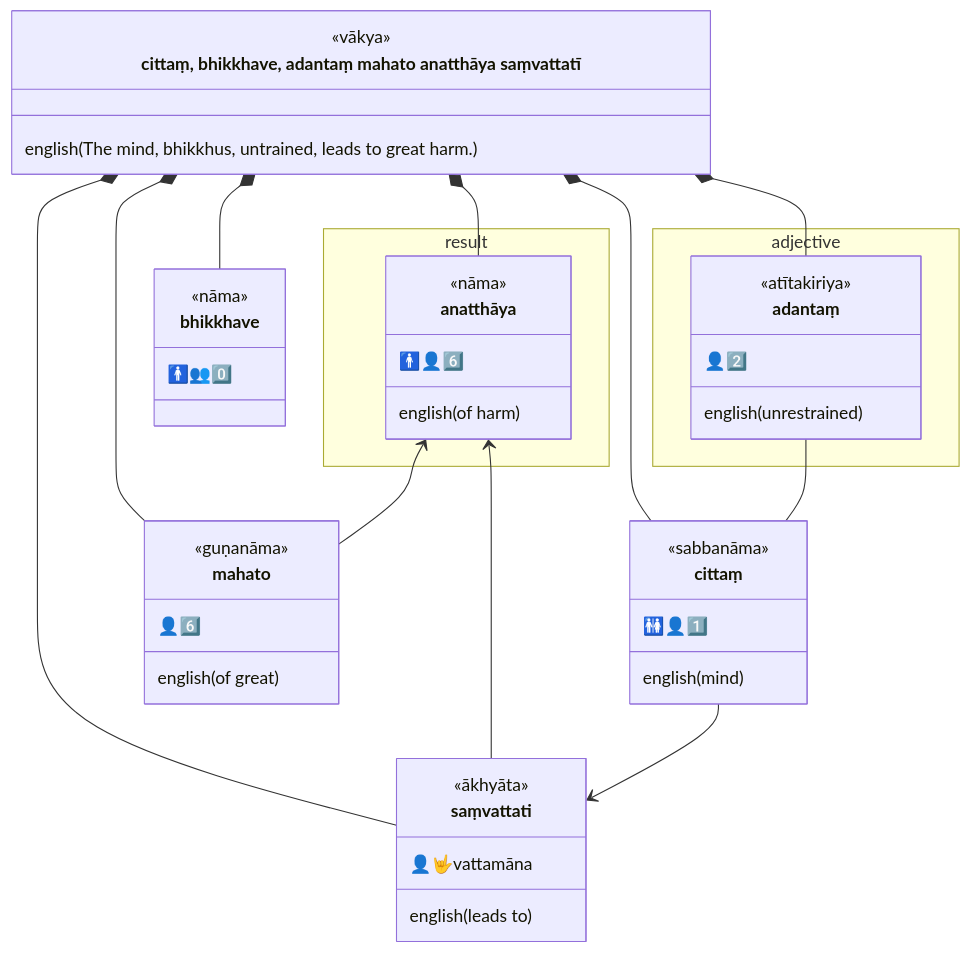
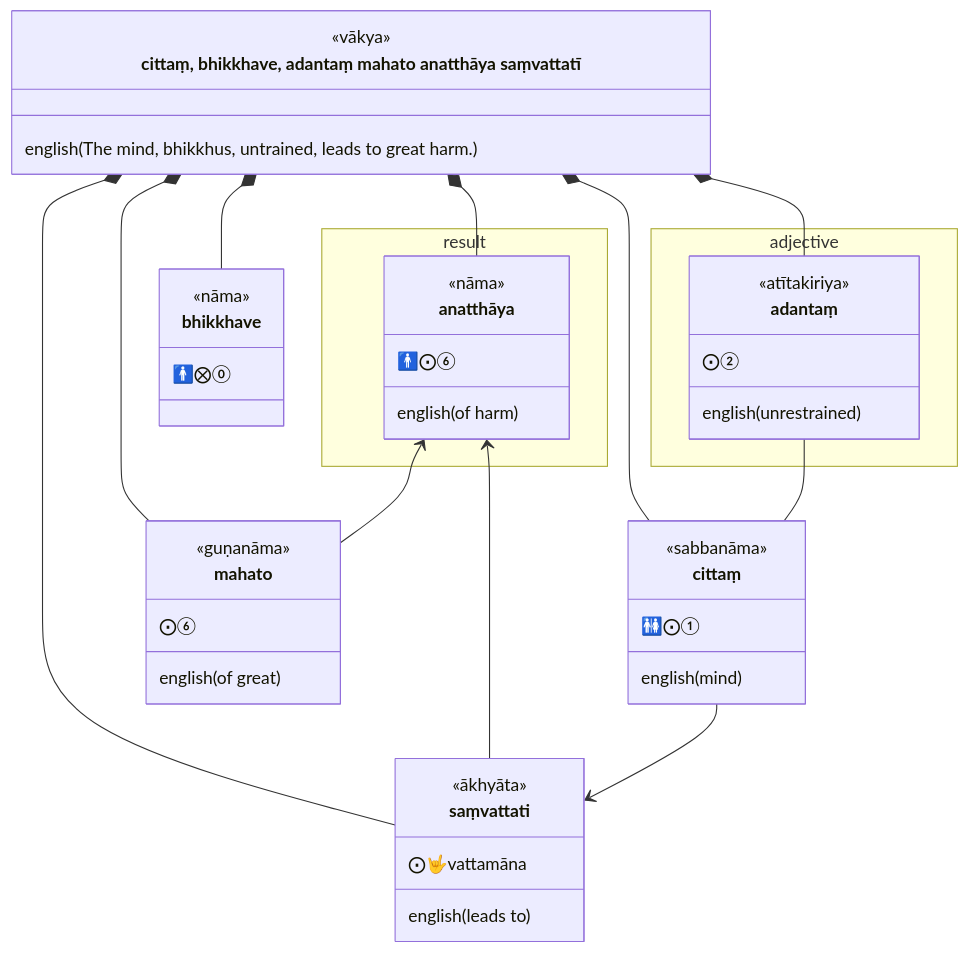
The second of 5 diagrams in content/en/docs/Sutta/aṅguttaranikāyo/ekakanipātapāḷi/adantavaggo.md (ChristineTham/buddhavacana), drawn with Mermaid before and after one commit. The commit also changed other lines of this file and 71 other files, not shown here.

````diff
--- a/content/en/docs/Sutta/aṅguttaranikāyo/ekakanipātapāḷi/adantavaggo.md
+++ b/content/en/docs/Sutta/aṅguttaranikāyo/ekakanipātapāḷi/adantavaggo.md
@@ -141,50 +141,50 @@
 ```mermaid
 classDiagram
   class sentence["cittaṃ, bhikkhave, adantaṃ mahato anatthāya saṃvattatī"] {
     <<vākya>>
     english(The mind, bhikkhus, untrained, leads to great harm.)
   }
   class cittaṃ {
     <<sabbanāma>>
-    🚻👤1️⃣
+    🚻⨀①
     english(mind)
   }
   class bhikkhave {
     <<nāma>>
-    🚹👥0️⃣
+    🚹⨂⓪
   }
   namespace adjective {
     class adantaṃ {
       <<atītakiriya>>
-      👤2️⃣
+      ⨀②
       english(unrestrained)
     }
   }
   class mahato {
     <<guṇanāma>>
-     👤6️⃣
+     ⨀⑥
     english(of great)
   }
   namespace result {
     class anatthāya {
       <<nāma>>
-      🚹👤6️⃣
+      🚹⨀⑥
       english(of harm)
     }
   }
   class saṃvattati {
     <<ākhyāta>>
-    👤🤟vattamāna
+    ⨀🤟vattamāna
     english(leads to)
   }
   sentence *-- cittaṃ
   sentence *-- bhikkhave
   sentence *-- adantaṃ
   sentence *-- mahato
   sentence *-- anatthāya
   sentence *-- saṃvattati
   anatthāya <-- mahato
   anatthāya <-- saṃvattati
   adantaṃ -- cittaṃ
   cittaṃ --> saṃvattati
 ```
````
